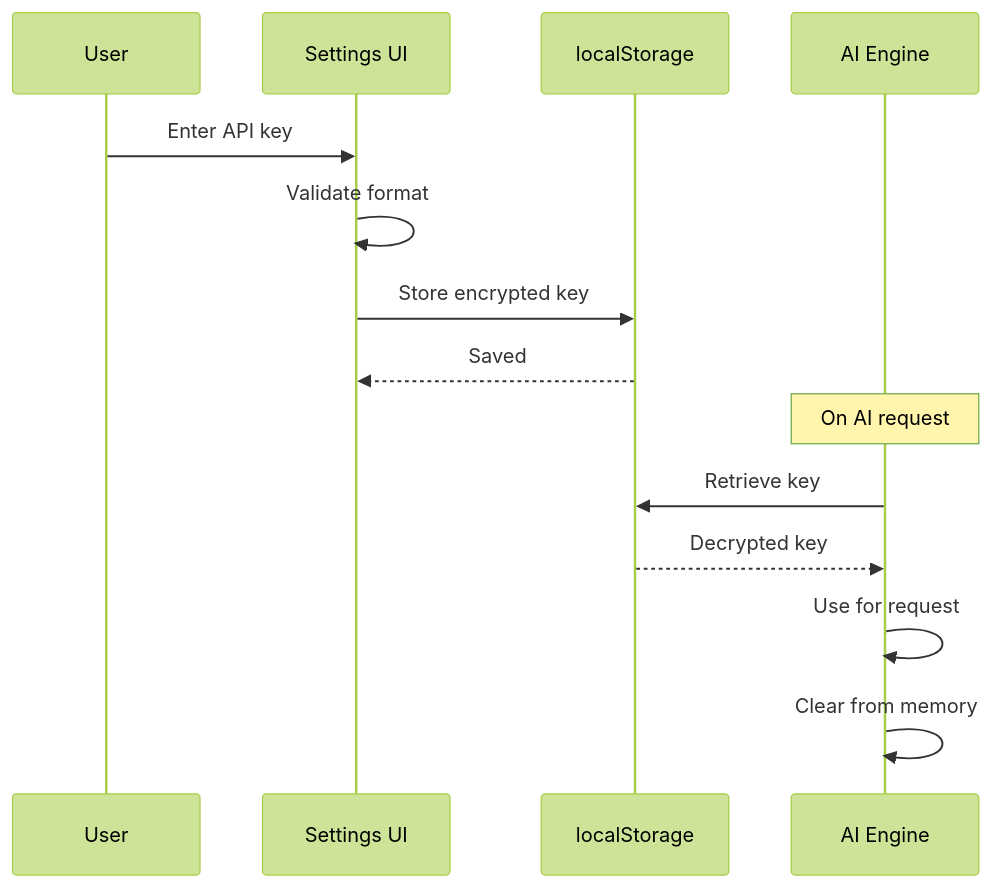
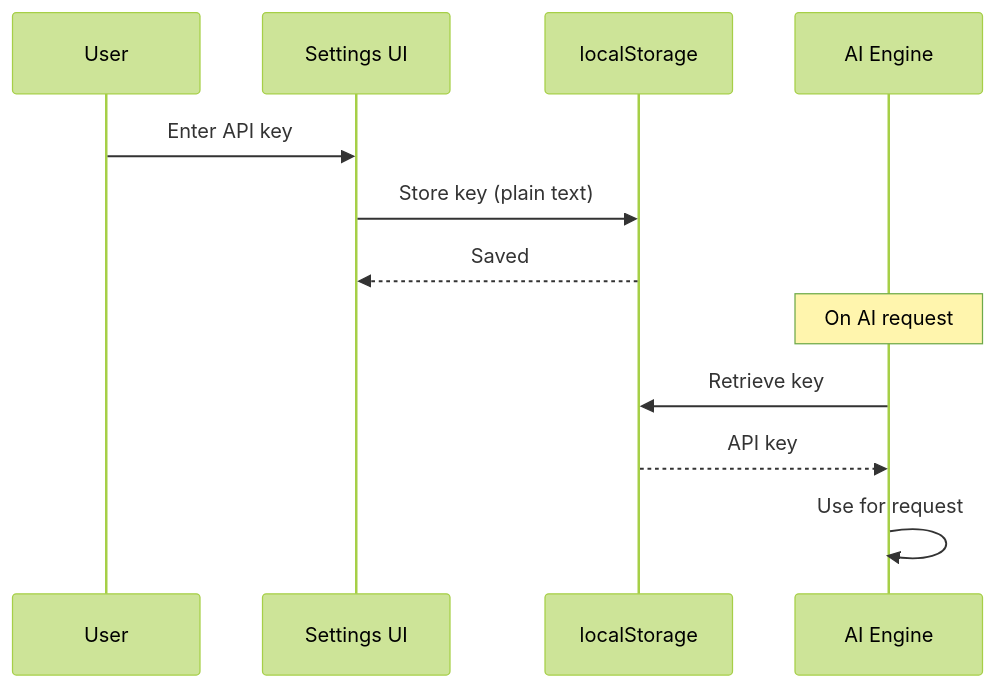
One commit to Stasshe/Pyxis-CodeCanvas changed diagram 22 of 23 in docs/AI-SYSTEM.md. Above: the diagram before and after it, drawn with Mermaid (forest theme). The commit also changed other lines of this file and 3 other files, not shown here.

````diff
--- a/docs/AI-SYSTEM.md
+++ b/docs/AI-SYSTEM.md
@@ -843,18 +753,16 @@
 ```mermaid
 sequenceDiagram
     participant USER as User
     participant UI as Settings UI
     participant LS as localStorage
     participant AI as AI Engine
 
     USER->>UI: Enter API key
-    UI->>UI: Validate format
-    UI->>LS: Store encrypted key
+    UI->>LS: Store key (plain text)
     LS-->>UI: Saved
     
     Note over AI: On AI request
     AI->>LS: Retrieve key
-    LS-->>AI: Decrypted key
+    LS-->>AI: API key
     AI->>AI: Use for request
-    AI->>AI: Clear from memory
 ```
````
